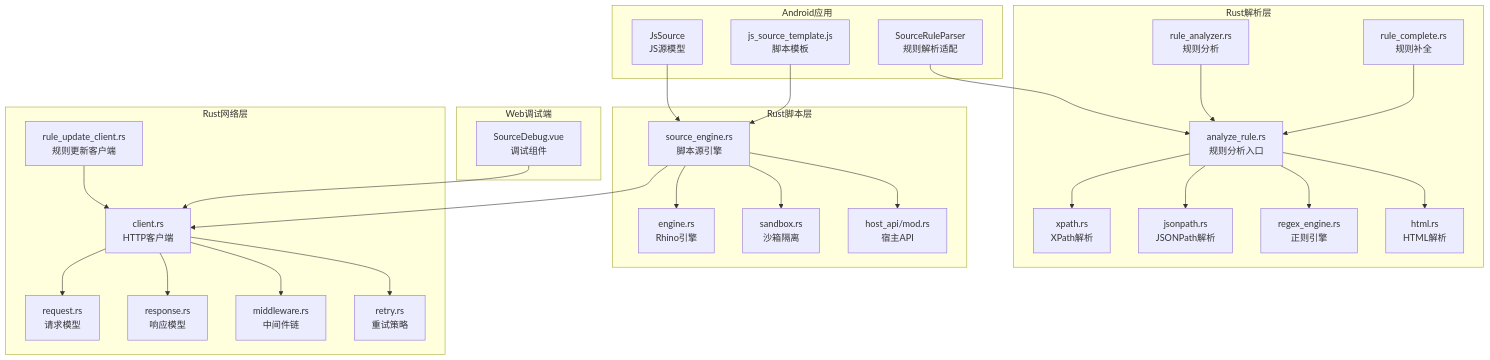
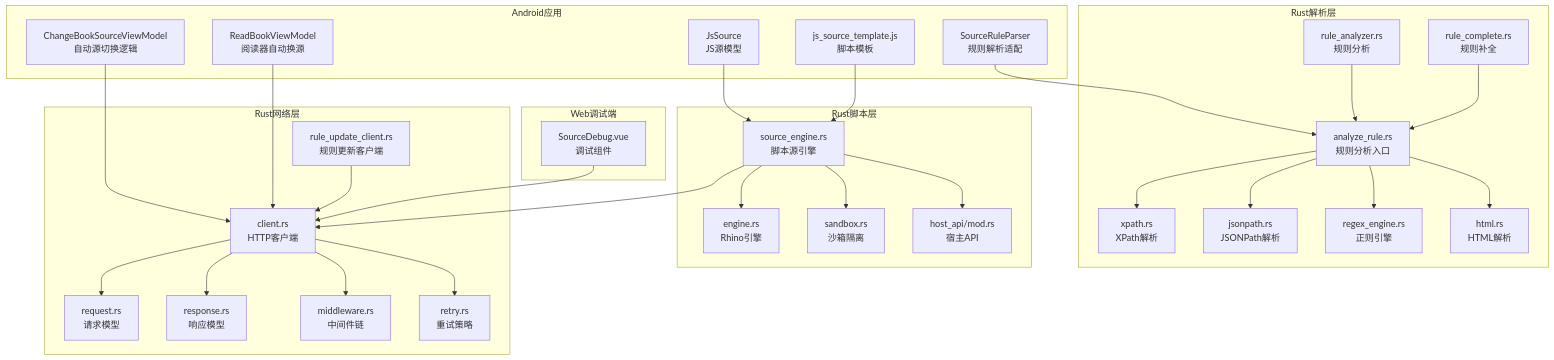
The first of 7 diagrams in .qoder/repowiki/zh/content/项目概述/核心功能特性/网络源系统/网络源系统.md (ZhangGHGitHub/LegadoTeamFlutter), drawn with Mermaid before and after one commit. The commit also changed other lines of this file and 173 other files, not shown here.

````diff
--- a/.qoder/repowiki/zh/content/项目概述/核心功能特性/网络源系统/网络源系统.md
+++ b/.qoder/repowiki/zh/content/项目概述/核心功能特性/网络源系统/网络源系统.md
@@ -52,53 +66,57 @@
 ```mermaid
 graph TB
 subgraph "Android应用"
 A1["SourceRuleParser<br/>规则解析适配"]
 A2["JsSource<br/>JS源模型"]
 A3["js_source_template.js<br/>脚本模板"]
+A4["ChangeBookSourceViewModel<br/>自动源切换逻辑"]
+A5["ReadBookViewModel<br/>阅读器自动换源"]
 end
 subgraph "Rust解析层"
 P1["xpath.rs<br/>XPath解析"]
 P2["jsonpath.rs<br/>JSONPath解析"]
 P3["regex_engine.rs<br/>正则引擎"]
 P4["html.rs<br/>HTML解析"]
 P5["rule_analyzer.rs<br/>规则分析"]
 P6["analyze_rule.rs<br/>规则分析入口"]
 P7["rule_complete.rs<br/>规则补全"]
 end
 subgraph "Rust脚本层"
 J1["engine.rs<br/>Rhino引擎"]
 J2["sandbox.rs<br/>沙箱隔离"]
 J3["source_engine.rs<br/>脚本源引擎"]
 J4["host_api/mod.rs<br/>宿主API"]
 end
 subgraph "Rust网络层"
 N1["client.rs<br/>HTTP客户端"]
 N2["request.rs<br/>请求模型"]
 N3["response.rs<br/>响应模型"]
 N4["middleware.rs<br/>中间件链"]
 N5["retry.rs<br/>重试策略"]
 N6["rule_update_client.rs<br/>规则更新客户端"]
 end
 subgraph "Web调试端"
 W1["SourceDebug.vue<br/>调试组件"]
 end
 A1 --> P6
 A2 --> J3
 A3 --> J3
+A4 --> N1
+A5 --> N1
 P6 --> P1
 P6 --> P2
 P6 --> P3
 P6 --> P4
 P5 --> P6
 P7 --> P6
 J3 --> J1
 J3 --> J2
 J3 --> J4
 J3 --> N1
 N1 --> N2
 N1 --> N3
 N1 --> N4
 N1 --> N5
 N6 --> N1
 W1 --> N1
 ```
````
